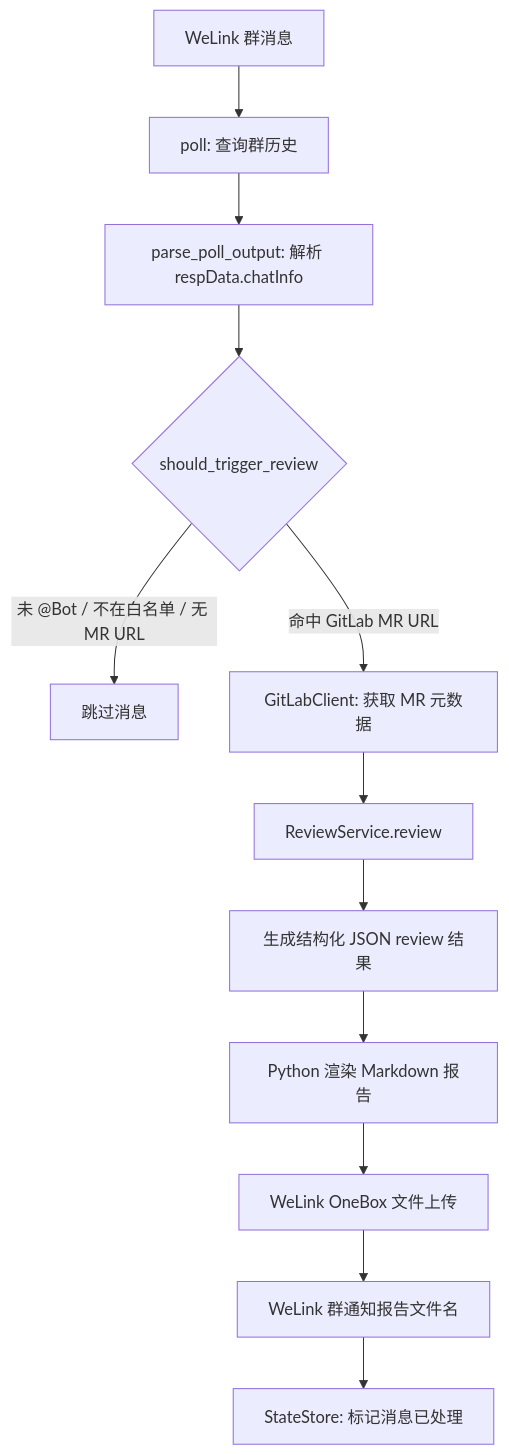
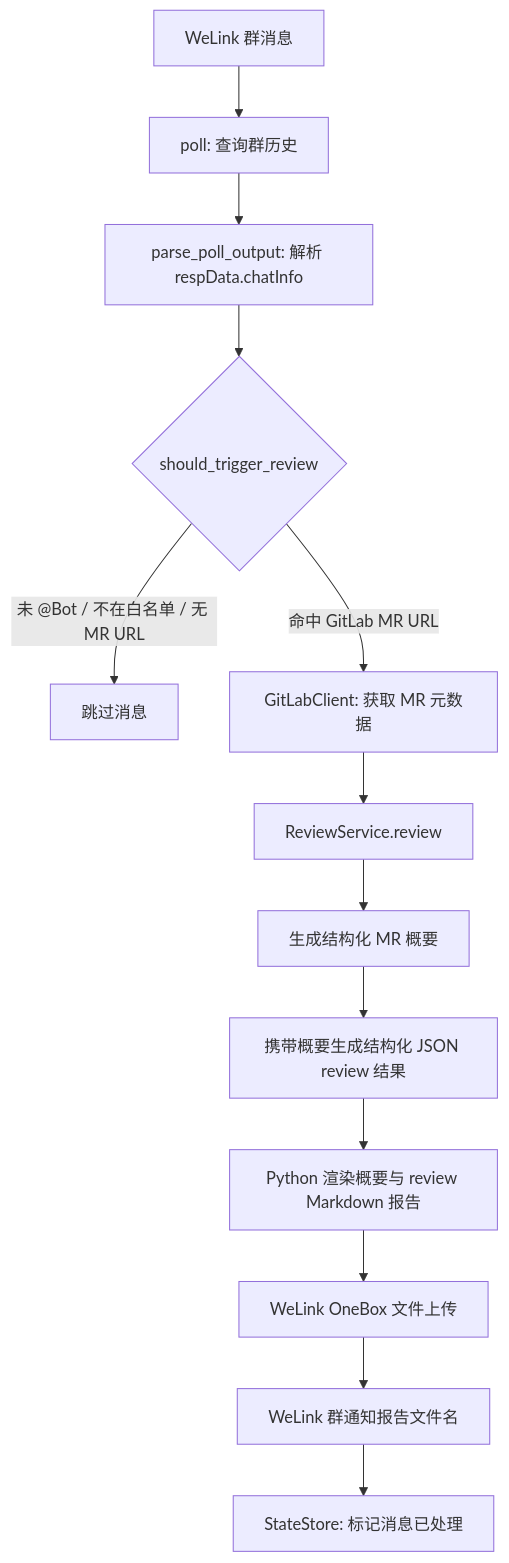
One commit to Faye-663/code-mr-reviewer changed the second of 3 diagrams in docs/DESIGN.md. Above: the diagram before and after it, drawn with Mermaid. The commit also changed other lines of this file and 3 other files, not shown here.

````diff
--- a/docs/DESIGN.md
+++ b/docs/DESIGN.md
@@ -25,14 +25,15 @@
 ```mermaid
 flowchart TD
     A["WeLink 群消息"] --> B["poll: 查询群历史"]
     B --> C["parse_poll_output: 解析 respData.chatInfo"]
     C --> D{"should_trigger_review"}
     D -- "未 @Bot / 不在白名单 / 无 MR URL" --> E["跳过消息"]
     D -- "命中 GitLab MR URL" --> F["GitLabClient: 获取 MR 元数据"]
     F --> G["ReviewService.review"]
-    G --> H["生成结构化 JSON review 结果"]
-    H --> I["Python 渲染 Markdown 报告"]
+    G --> H["生成结构化 MR 概要"]
+    H --> H2["携带概要生成结构化 JSON review 结果"]
+    H2 --> I["Python 渲染概要与 review Markdown 报告"]
     I --> J["WeLink OneBox 文件上传"]
     J --> K["WeLink 群通知报告文件名"]
     K --> L["StateStore: 标记消息已处理"]
 ```
````
